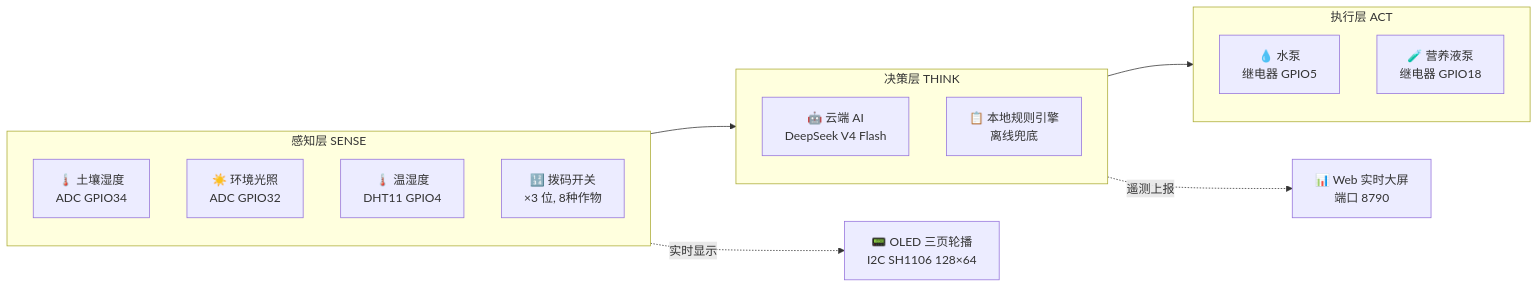
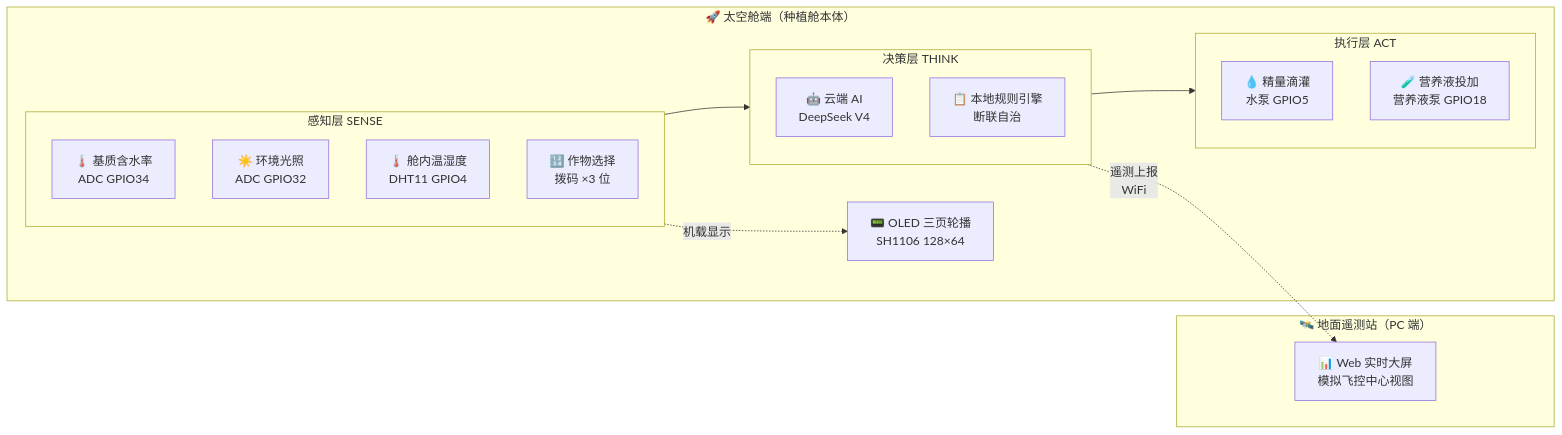
One commit to Dora321/space-agriculture-capsule changed the diagram in README.md. Above: the diagram before and after it, drawn with Mermaid. The commit also changed other lines of this file and 3 other files, not shown here.

````diff
--- a/README.md
+++ b/README.md
@@ -37,25 +60,31 @@
 ```mermaid
 flowchart LR
-    subgraph SENSE["感知层 SENSE"]
-        Soil["🌡️ 土壤湿度<br/>ADC GPIO34"]
-        Light["☀️ 环境光照<br/>ADC GPIO32"]
-        DHT["🌡️ 温湿度<br/>DHT11 GPIO4"]
-        DIP["🔢 拨码开关<br/>×3 位, 8种作物"]
+    subgraph SPACE["🚀 太空舱端（种植舱本体）"]
+        subgraph SENSE["感知层 SENSE"]
+            Soil["🌡️ 基质含水率<br/>ADC GPIO34"]
+            Light["☀️ 环境光照<br/>ADC GPIO32"]
+            DHT["🌡️ 舱内温湿度<br/>DHT11 GPIO4"]
+            DIP["🔢 作物选择<br/>拨码 ×3 位"]
+        end
+
+        subgraph THINK["决策层 THINK"]
+            AI["🤖 云端 AI<br/>DeepSeek V4"]
+            Local["📋 本地规则引擎<br/>断联自治"]
+        end
+
+        subgraph ACT["执行层 ACT"]
+            Pump["💧 精量滴灌<br/>水泵 GPIO5"]
+            Nutrient["🧪 营养液投加<br/>营养液泵 GPIO18"]
+        end
+
+        SENSE --> THINK
+        THINK --> ACT
+        SENSE -.->|机载显示| OLED["📟 OLED 三页轮播<br/>SH1106 128×64"]
     end
 
-    subgraph THINK["决策层 THINK"]
-        AI["🤖 云端 AI<br/>DeepSeek V4 Flash"]
-        Local["📋 本地规则引擎<br/>离线兜底"]
+    subgraph GROUND["🛰️ 地面遥测站（PC 端）"]
+        Web["📊 Web 实时大屏<br/>模拟飞控中心视图"]
     end
 
-    subgraph ACT["执行层 ACT"]
-        Pump["💧 水泵<br/>继电器 GPIO5"]
-        Nutrient["🧪 营养液泵<br/>继电器 GPIO18"]
-    end
-
-    SENSE --> THINK
-    THINK --> ACT
-
-    THINK -.->|遥测上报| Web["📊 Web 实时大屏<br/>端口 8790"]
-    SENSE -.->|实时显示| OLED["📟 OLED 三页轮播<br/>I2C SH1106 128×64"]
+    THINK -.->|遥测上报<br/>WiFi| Web
 ```
````
